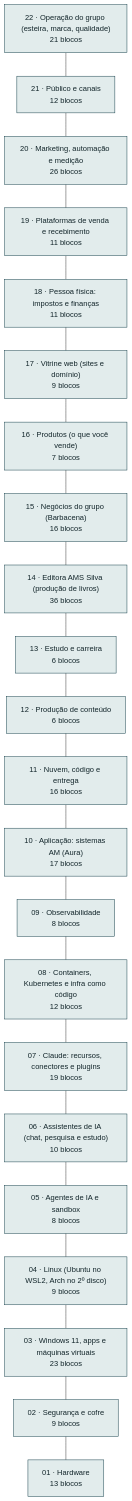
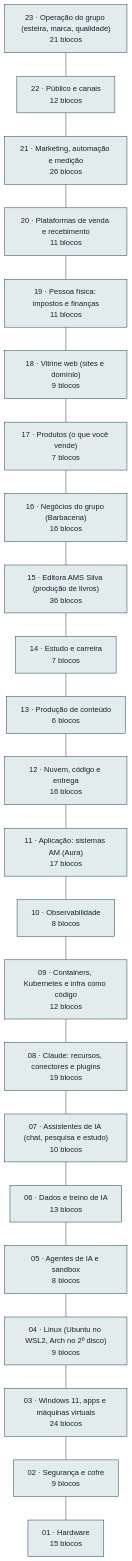
Before and after one commit to AlanMateus17/dev-setup: the diagram in docs/arquitetura.md, drawn with Mermaid. The commit also changed other lines of this file and 44 other files, not shown here.

First line of the commit message:
feat(dados-ia): engenharia de dados, treino de IA e pendrives de Kali e Arch

````diff
--- a/docs/arquitetura.md
+++ b/docs/arquitetura.md
@@ -10,48 +10,50 @@
 ```mermaid
 flowchart TB
-  L_oper["22 · Operação do grupo (esteira, marca, qualidade)<br/>21 blocos"]
-  L_pub["21 · Público e canais<br/>12 blocos"]
-  L_mkt["20 · Marketing, automação e medição<br/>26 blocos"]
-  L_venda["19 · Plataformas de venda e recebimento<br/>11 blocos"]
-  L_emp["18 · Pessoa física: impostos e finanças<br/>11 blocos"]
-  L_web["17 · Vitrine web (sites e domínio)<br/>9 blocos"]
-  L_prod["16 · Produtos (o que você vende)<br/>7 blocos"]
-  L_neg["15 · Negócios do grupo (Barbacena)<br/>16 blocos"]
-  L_editora["14 · Editora AMS Silva (produção de livros)<br/>36 blocos"]
-  L_est["13 · Estudo e carreira<br/>6 blocos"]
-  L_cont["12 · Produção de conteúdo<br/>6 blocos"]
-  L_nuvem["11 · Nuvem, código e entrega<br/>16 blocos"]
-  L_app["10 · Aplicação: sistemas AM (Aura)<br/>17 blocos"]
-  L_obs["09 · Observabilidade<br/>8 blocos"]
-  L_cnt["08 · Containers, Kubernetes e infra como código<br/>12 blocos"]
-  L_clc["07 · Claude: recursos, conectores e plugins<br/>19 blocos"]
-  L_chat["06 · Assistentes de IA (chat, pesquisa e estudo)<br/>10 blocos"]
+  L_oper["23 · Operação do grupo (esteira, marca, qualidade)<br/>21 blocos"]
+  L_pub["22 · Público e canais<br/>12 blocos"]
+  L_mkt["21 · Marketing, automação e medição<br/>26 blocos"]
+  L_venda["20 · Plataformas de venda e recebimento<br/>11 blocos"]
+  L_emp["19 · Pessoa física: impostos e finanças<br/>11 blocos"]
+  L_web["18 · Vitrine web (sites e domínio)<br/>9 blocos"]
+  L_prod["17 · Produtos (o que você vende)<br/>7 blocos"]
+  L_neg["16 · Negócios do grupo (Barbacena)<br/>16 blocos"]
+  L_editora["15 · Editora AMS Silva (produção de livros)<br/>36 blocos"]
+  L_est["14 · Estudo e carreira<br/>7 blocos"]
+  L_cont["13 · Produção de conteúdo<br/>6 blocos"]
+  L_nuvem["12 · Nuvem, código e entrega<br/>16 blocos"]
+  L_app["11 · Aplicação: sistemas AM (Aura)<br/>17 blocos"]
+  L_obs["10 · Observabilidade<br/>8 blocos"]
+  L_cnt["09 · Containers, Kubernetes e infra como código<br/>12 blocos"]
+  L_clc["08 · Claude: recursos, conectores e plugins<br/>19 blocos"]
+  L_chat["07 · Assistentes de IA (chat, pesquisa e estudo)<br/>10 blocos"]
+  L_dados["06 · Dados e treino de IA<br/>13 blocos"]
   L_ia["05 · Agentes de IA e sandbox<br/>8 blocos"]
   L_lin["04 · Linux (Ubuntu no WSL2, Arch no 2º disco)<br/>9 blocos"]
-  L_win["03 · Windows 11, apps e máquinas virtuais<br/>23 blocos"]
+  L_win["03 · Windows 11, apps e máquinas virtuais<br/>24 blocos"]
   L_seg["02 · Segurança e cofre<br/>9 blocos"]
-  L_hw["01 · Hardware<br/>13 blocos"]
+  L_hw["01 · Hardware<br/>15 blocos"]
   L_oper --- L_pub
   L_pub --- L_mkt
   L_mkt --- L_venda
   L_venda --- L_emp
   L_emp --- L_web
   L_web --- L_prod
   L_prod --- L_neg
   L_neg --- L_editora
   L_editora --- L_est
   L_est --- L_cont
   L_cont --- L_nuvem
   L_nuvem --- L_app
   L_app --- L_obs
   L_obs --- L_cnt
   L_cnt --- L_clc
   L_clc --- L_chat
-  L_chat --- L_ia
+  L_chat --- L_dados
+  L_dados --- L_ia
   L_ia --- L_lin
   L_lin --- L_win
   L_win --- L_seg
   L_seg --- L_hw
   classDef cam fill:#e2ecec,stroke:#0e3a45,color:#13262b
-  class L_oper,L_pub,L_mkt,L_venda,L_emp,L_web,L_prod,L_neg,L_editora,L_est,L_cont,L_nuvem,L_app,L_obs,L_cnt,L_clc,L_chat,L_ia,L_lin,L_win,L_seg,L_hw cam
+  class L_oper,L_pub,L_mkt,L_venda,L_emp,L_web,L_prod,L_neg,L_editora,L_est,L_cont,L_nuvem,L_app,L_obs,L_cnt,L_clc,L_chat,L_dados,L_ia,L_lin,L_win,L_seg,L_hw cam
 ```
````
